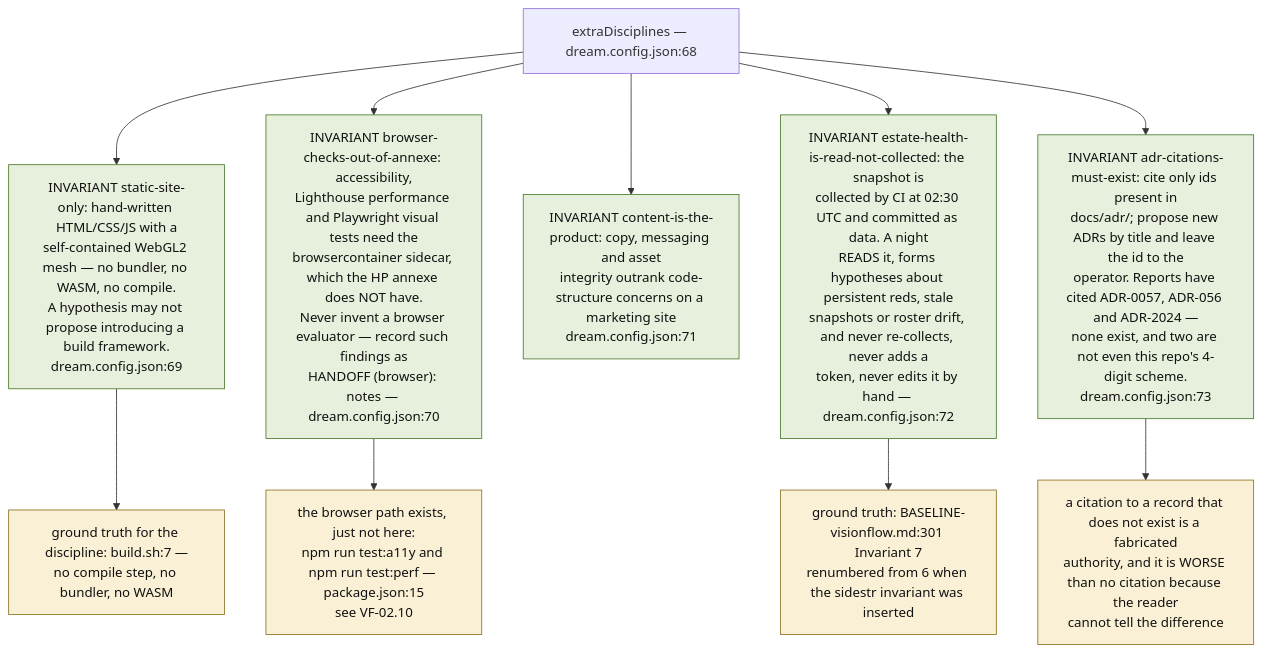
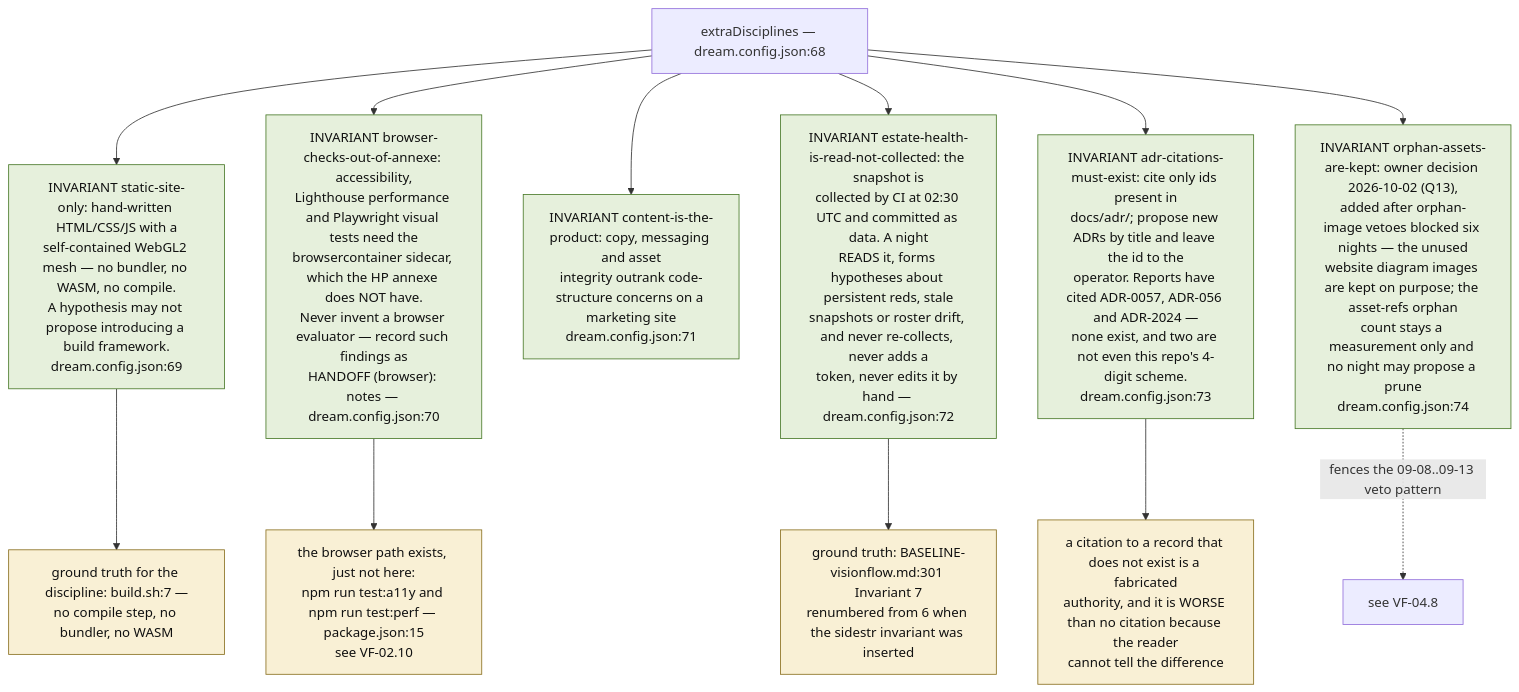
Before and after one commit to DreamLab-AI/VisionFlow: the sixth of 9 diagrams in docs/diagrams/visionflow/04-dream-cycle-integration.md, drawn with Mermaid. The commit also changed other lines of this file and 21 other files, not shown here.

Commit message:
docs(diagrams): refresh first verified estate batch

````diff
--- a/docs/diagrams/visionflow/04-dream-cycle-integration.md
+++ b/docs/diagrams/visionflow/04-dream-cycle-integration.md
@@ -186,18 +186,20 @@
 ```mermaid
 flowchart TB
     classDef inv fill:#e6f0dc,stroke:#4a7a2a,color:#111
     classDef warn fill:#f9f0d5,stroke:#8a7020,color:#111
 
     D["extraDisciplines — dream.config.json:68"]
 
     D --> G1["INVARIANT static-site-only: hand-written HTML/CSS/JS with a<br/>self-contained WebGL2 mesh — no bundler, no WASM, no compile.<br/>A hypothesis may not propose introducing a build framework.<br/>dream.config.json:69"]:::inv
     D --> G2["INVARIANT browser-checks-out-of-annexe: accessibility,<br/>Lighthouse performance and Playwright visual tests need the<br/>browsercontainer sidecar, which the HP annexe does NOT have.<br/>Never invent a browser evaluator — record such findings as<br/>HANDOFF (browser): notes — dream.config.json:70"]:::inv
     D --> G3["INVARIANT content-is-the-product: copy, messaging and asset<br/>integrity outrank code-structure concerns on a marketing site<br/>dream.config.json:71"]:::inv
     D --> G4["INVARIANT estate-health-is-read-not-collected: the snapshot is<br/>collected by CI at 02:30 UTC and committed as data. A night<br/>READS it, forms hypotheses about persistent reds, stale<br/>snapshots or roster drift, and never re-collects, never adds a<br/>token, never edits it by hand — dream.config.json:72"]:::inv
     D --> G5["INVARIANT adr-citations-must-exist: cite only ids present in<br/>docs/adr/; propose new ADRs by title and leave the id to the<br/>operator. Reports have cited ADR-0057, ADR-056 and ADR-2024 —<br/>none exist, and two are not even this repo's 4-digit scheme.<br/>dream.config.json:73"]:::inv
 
     G5 --> WHY["a citation to a record that does not exist is a fabricated<br/>authority, and it is WORSE than no citation because the reader<br/>cannot tell the difference"]:::warn
+    D --> G6["INVARIANT orphan-assets-are-kept: owner decision 2026-10-02 (Q13),<br/>added after orphan-image vetoes blocked six nights — the unused<br/>website diagram images are kept on purpose; the asset-refs orphan<br/>count stays a measurement only and no night may propose a prune<br/>dream.config.json:74"]:::inv
+    G6 -.->|"fences the 09-08..09-13 veto pattern"| DRYP["see VF-04.8"]
     G2 --> LOCAL["the browser path exists, just not here:<br/>npm run test:a11y and npm run test:perf — package.json:15<br/>see VF-02.10"]:::warn
     G1 --> SRC["ground truth for the discipline: build.sh:7 —<br/>no compile step, no bundler, no WASM"]:::warn
     G4 --> SRC2["ground truth: BASELINE-visionflow.md:301 Invariant 7<br/>renumbered from 6 when the sidestr invariant was inserted"]:::warn
 ```
````
